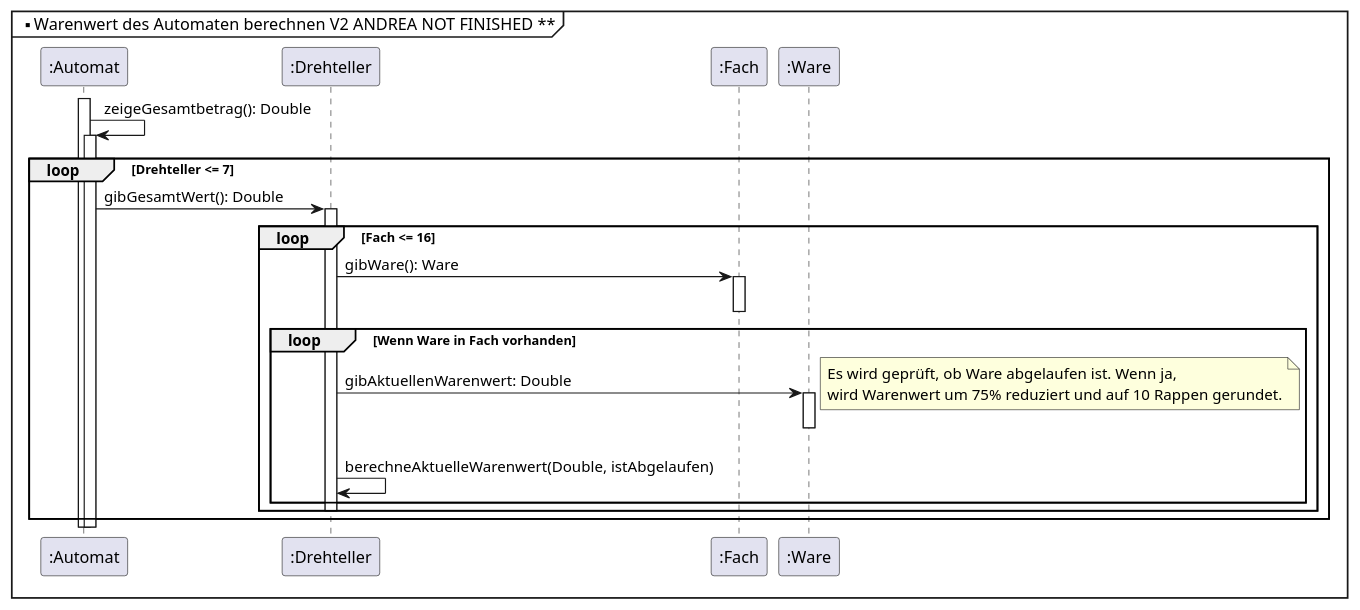
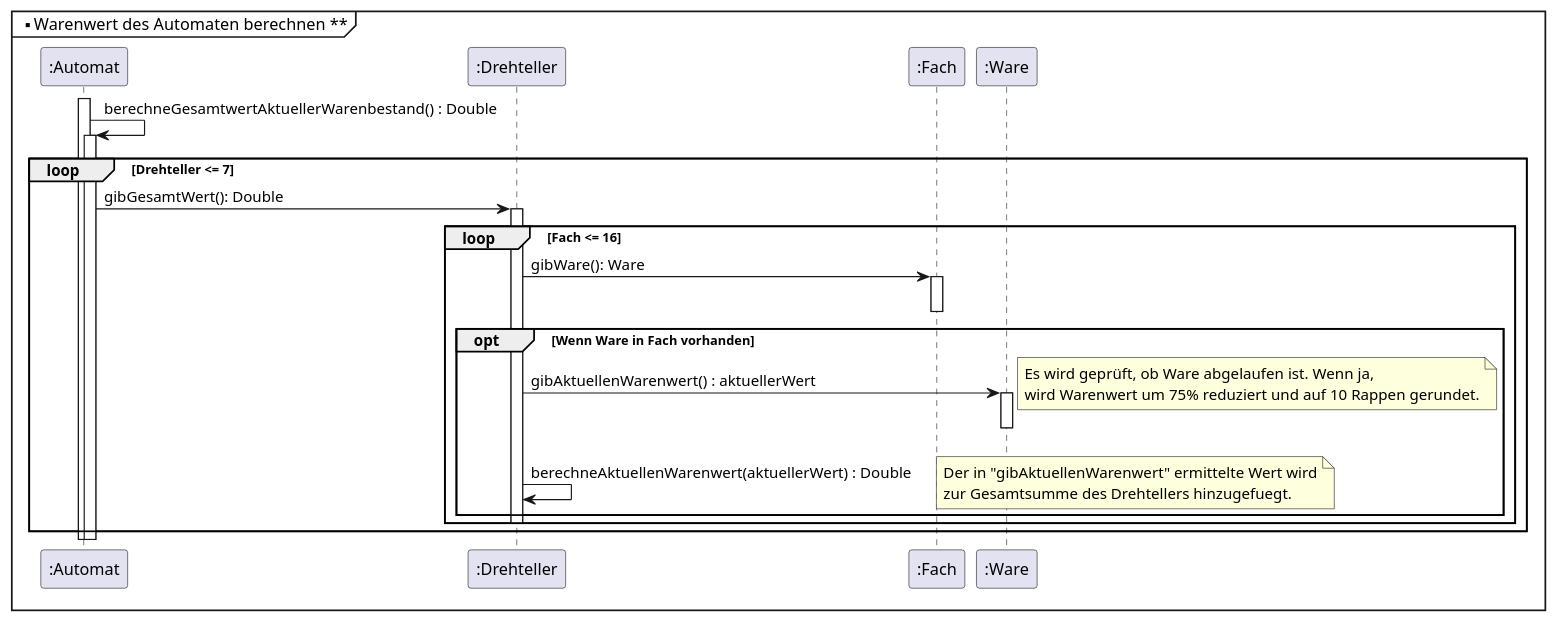
One commit to egoat/MAS-SE22_Warenautomat2022_Analyse changed the fifth of 5 diagrams in Warenautomat.md. Above: the diagram before and after it, drawn with PlantUML. The commit also changed other lines of this file and 3 other files, not shown here.

````diff
--- a/Warenautomat.md
+++ b/Warenautomat.md
@@ -416,42 +503,46 @@
 ```plantuml
 @startuml
 
-mainframe ** Warenwert des Automaten berechnen V2 ANDREA NOT FINISHED **
+mainframe ** Warenwert des Automaten berechnen **
 
 participant ":Automat" as Automat   
 participant ":Drehteller" as Drehteller
 participant ":Fach" as Fach
 
 activate Automat
-    Automat -> Automat : zeigeGesamtbetrag(): Double
+    Automat -> Automat : berechneGesamtwertAktuellerWarenbestand() : Double
     activate Automat
         loop Drehteller <= 7
             Automat -> Drehteller : gibGesamtWert(): Double
             participant ":Ware" as Ware
             activate Drehteller
                 loop Fach <= 16
                     Drehteller -> Fach : gibWare(): Ware
                     activate Fach
                     deactivate Fach
-                    loop Wenn Ware in Fach vorhanden
-                        Drehteller -> Ware : gibAktuellenWarenwert: Double
+                    opt Wenn Ware in Fach vorhanden
+                        Drehteller -> Ware : gibAktuellenWarenwert() : aktuellerWert
                         activate Ware
                         deactivate Ware
                         note right
                             Es wird geprüft, ob Ware abgelaufen ist. Wenn ja,
                             wird Warenwert um 75% reduziert und auf 10 Rappen gerundet.
                             end note
-                        Drehteller -> Drehteller : berechneAktuelleWarenwert(Double, istAbgelaufen)
+                        Drehteller -> Drehteller : berechneAktuellenWarenwert(aktuellerWert) : Double
+                        note right
+                            Der in "gibAktuellenWarenwert" ermittelte Wert wird
+                            zur Gesamtsumme des Drehtellers hinzugefuegt.
+                            end note
                     end
                         activate Drehteller
                         deactivate Drehteller     
 
                 end 
             deactivate Drehteller      
         end   
     deactivate Automat     
 deactivate Automat 
 
 
 @enduml
 ```
````
